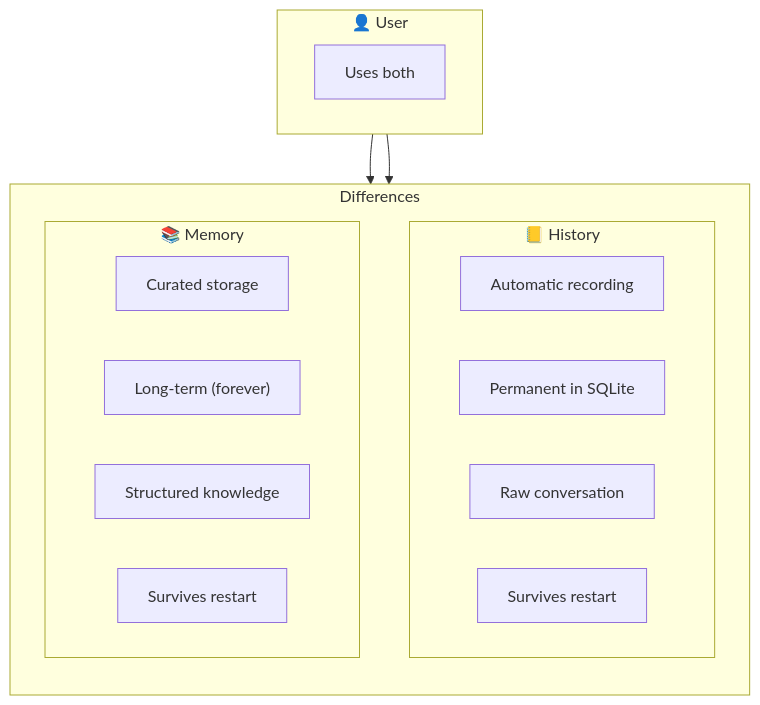
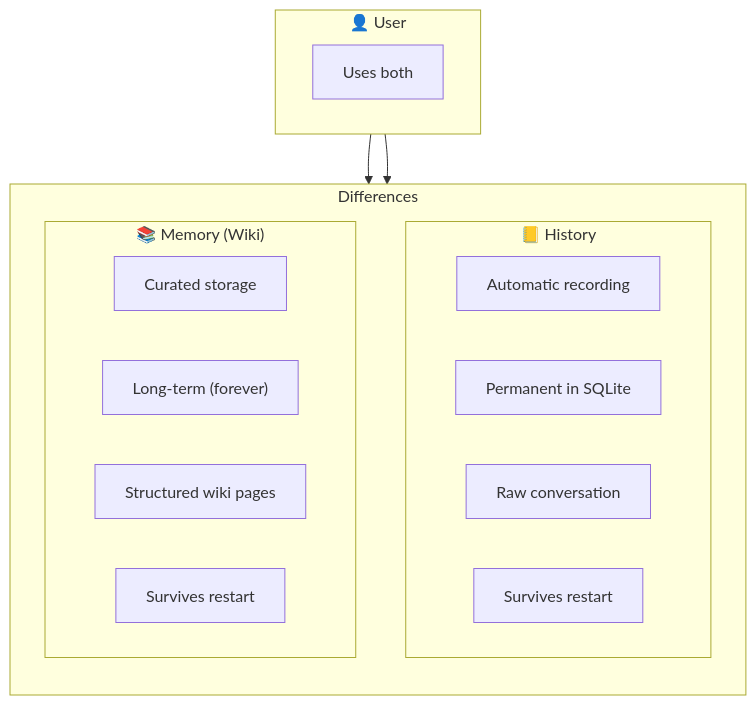
The eighth of 9 diagrams in docs/memory-history-en.md (yeheng/nanobot-rs), drawn with Mermaid before and after one commit. The commit also changed other lines of this file and 57 other files, not shown here.

First line of the commit message:
feat: 用 Wiki 知识系统全面替换旧 Memory 记忆系统

````diff
--- a/docs/memory-history-en.md
+++ b/docs/memory-history-en.md
@@ -241,27 +249,27 @@
 ```mermaid
 flowchart TB
     subgraph User["👤 User"]
         U["Uses both"]
     end
     
     subgraph Compare["Differences"]
         direction TB
         
         subgraph HistCol["📒 History"]
             H1["Automatic recording"]
             H2["Permanent in SQLite"]
             H3["Raw conversation"]
             H4["Survives restart"]
         end
         
-        subgraph MemCol["📚 Memory"]
+        subgraph MemCol["📚 Memory (Wiki)"]
             M1["Curated storage"]
             M2["Long-term (forever)"]
-            M3["Structured knowledge"]
+            M3["Structured wiki pages"]
             M4["Survives restart"]
         end
     end
     
     User --> HistCol
     User --> MemCol
 ```
````
